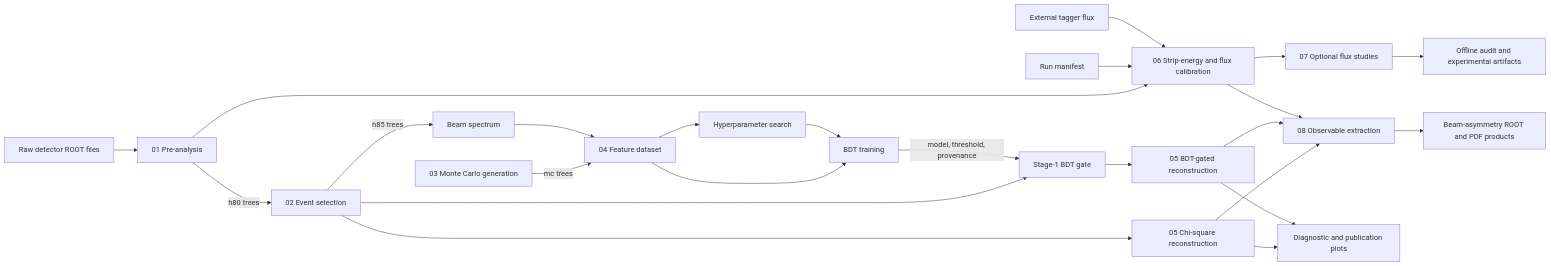
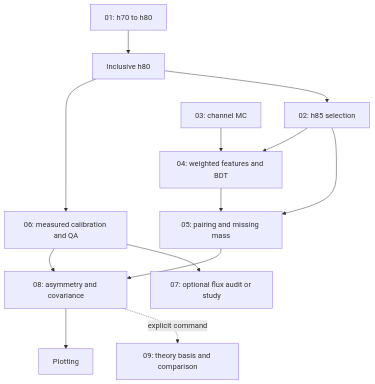
The diagram in wiki/workflow.md (AntoninoFulci/GRAAL_Analysis), drawn with Mermaid before and after one commit. The commit also changed other lines of this file and 179 other files, not shown here.

````diff
--- a/wiki/workflow.md
+++ b/wiki/workflow.md
@@ -24,30 +5,15 @@
 ```mermaid
-flowchart LR
-    RAW[Raw detector ROOT files] --> PRE[01 Pre-analysis]
-    PRE -->|h80 trees| SEL[02 Event selection]
-    SEL -->|h85 trees| BEAM[Beam spectrum]
-    SEL --> CHI2[05 Chi-square reconstruction]
-    SEL --> GATE[Stage-1 BDT gate]
-
-    MC[03 Monte Carlo generation] -->|mc trees| FEATURES[04 Feature dataset]
-    BEAM --> FEATURES
-    FEATURES --> SEARCH[Hyperparameter search]
-    FEATURES --> TRAIN[BDT training]
-    SEARCH --> TRAIN
-    TRAIN -->|model, threshold, provenance| GATE
-    GATE --> BDT[05 BDT-gated reconstruction]
-
-    PRE --> CAL[06 Strip-energy and flux calibration]
-    MANIFEST[Run manifest] --> CAL
-    FLUX[External tagger flux] --> CAL
-
-    CHI2 --> OBS[08 Observable extraction]
-    BDT --> OBS
-    CAL --> STUDY[07 Optional flux studies]
-    STUDY --> AUDIT[Offline audit and experimental artifacts]
-    CAL --> OBS
-    OBS --> RESULTS[Beam-asymmetry ROOT and PDF products]
-
-    CHI2 --> PLOTS[Diagnostic and publication plots]
-    BDT --> PLOTS
+flowchart TD
+  raw[01: h70 to h80] --> h80[Inclusive h80]
+  h80 --> cal[06: measured calibration and QA]
+  h80 --> select[02: h85 selection]
+  mc[03: channel MC] --> train[04: weighted features and BDT]
+  select --> train
+  select --> reco[05: pairing and missing mass]
+  train --> reco
+  cal --> extract[08: asymmetry and covariance]
+  reco --> extract
+  cal --> audit[07: optional flux audit or study]
+  extract --> plots[Plotting]
+  extract -. explicit command .-> theory[09: theory basis and comparison]
 ```
````
